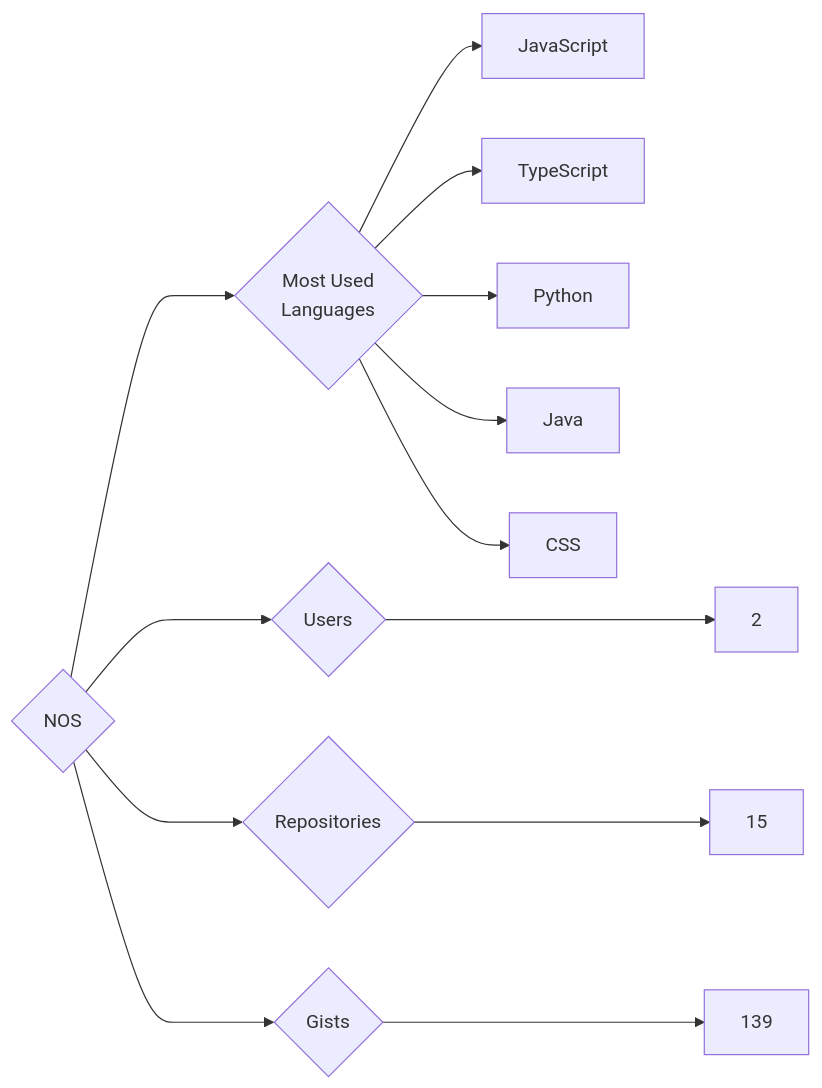
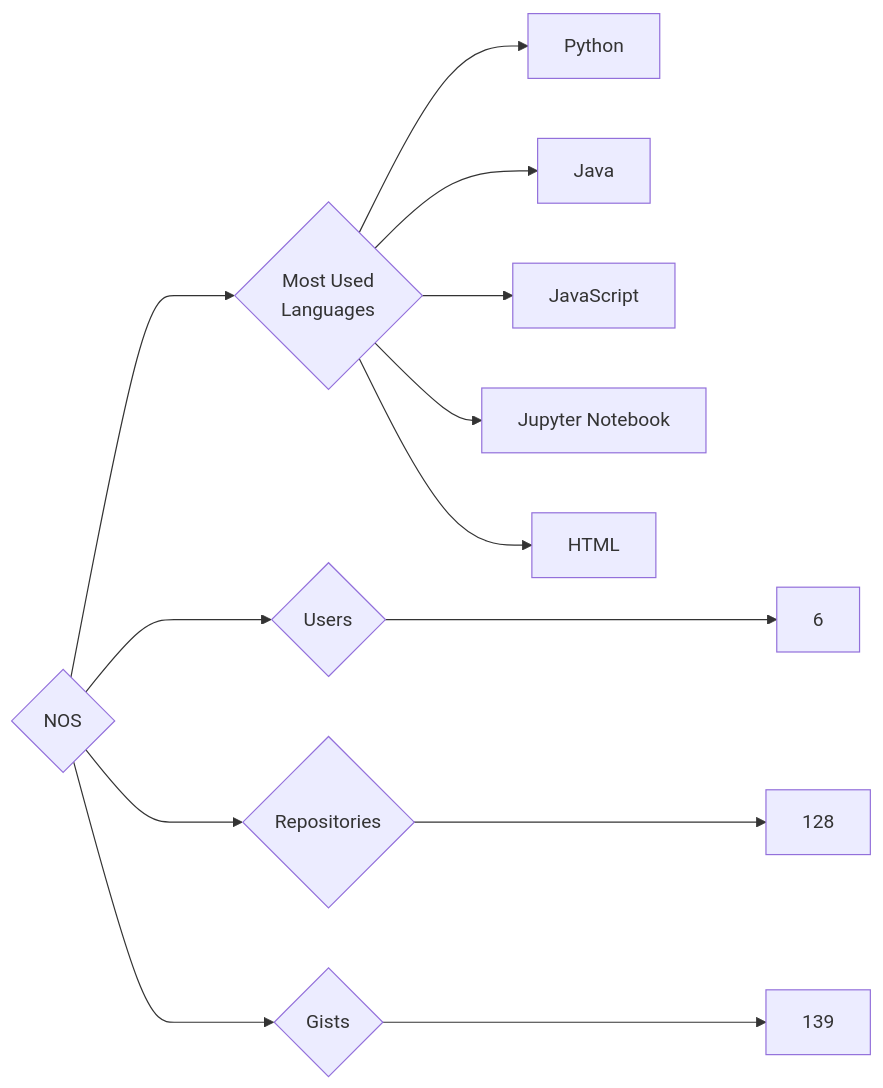
Before and after one commit to trickest/insiders: the diagram in targets/NOS/README.md, drawn with Mermaid. The commit also changed 770 other files, not shown here.

````diff
--- a/targets/NOS/README.md
+++ b/targets/NOS/README.md
@@ -3,13 +3,13 @@
 ```mermaid
 graph LR
 COMPANY_NAME{NOS}
-COMPANY_NAME ---> U{Users} ---> UN[2]
-COMPANY_NAME ---> R{Repositories} ---> RN[15]
+COMPANY_NAME ---> U{Users} ---> UN[6]
+COMPANY_NAME ---> R{Repositories} ---> RN[128]
 COMPANY_NAME ---> G{Gists} ---> GN[139]
 COMPANY_NAME ---> ML{Most Used<br>Languages}
-ML --> JavaScript[JavaScript]
-ML --> TypeScript[TypeScript]
 ML --> Python[Python]
 ML --> Java[Java]
-ML --> CSS[CSS]
+ML --> JavaScript[JavaScript]
+ML --> Jupyter_Notebook[Jupyter Notebook]
+ML --> HTML[HTML]
 ```
````
